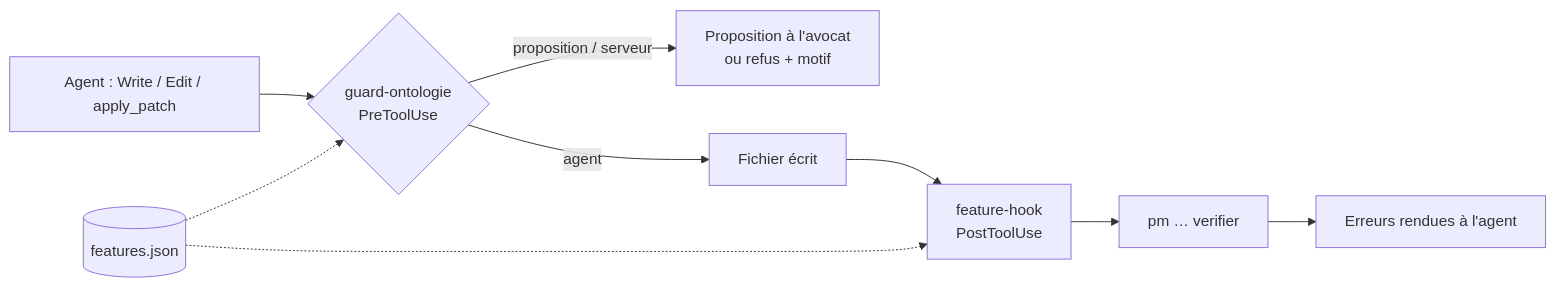
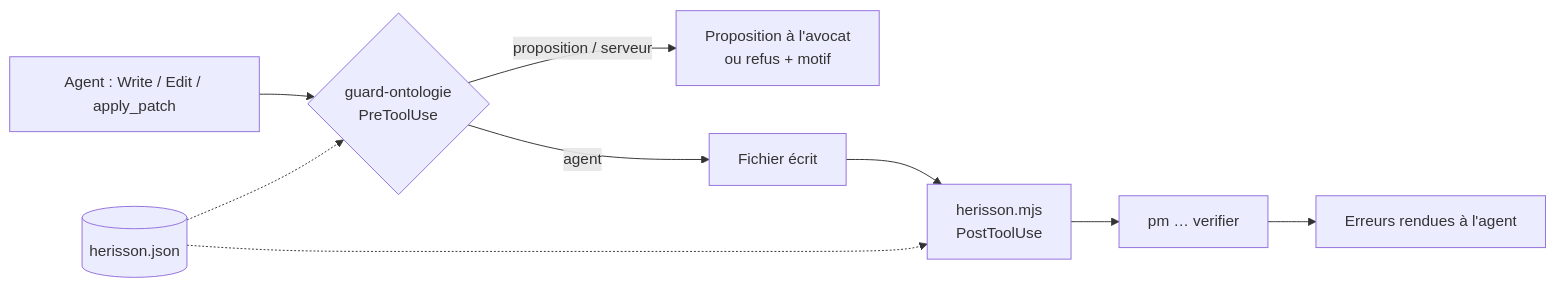
One commit to PieceMaker-Legal/piecemaker-droit-francais changed the diagram in docs/harness-legal.md. Above: the diagram before and after it, drawn with Mermaid. The commit also changed other lines of this file and 12 other files, not shown here.

````diff
--- a/docs/harness-legal.md
+++ b/docs/harness-legal.md
@@ -137,11 +137,11 @@
 ```mermaid
 flowchart LR
   A[Agent : Write / Edit / apply_patch] --> P{guard-ontologie<br/>PreToolUse}
   P -- proposition / serveur --> R[Proposition à l'avocat<br/>ou refus + motif]
   P -- agent --> W[Fichier écrit]
-  W --> F[feature-hook<br/>PostToolUse]
+  W --> F[herisson.mjs<br/>PostToolUse]
   F --> V[pm … verifier]
   V --> C[Erreurs rendues à l'agent]
-  R2[(features.json)] -.-> P
+  R2[(herisson.json)] -.-> P
   R2 -.-> F
 ```
````
